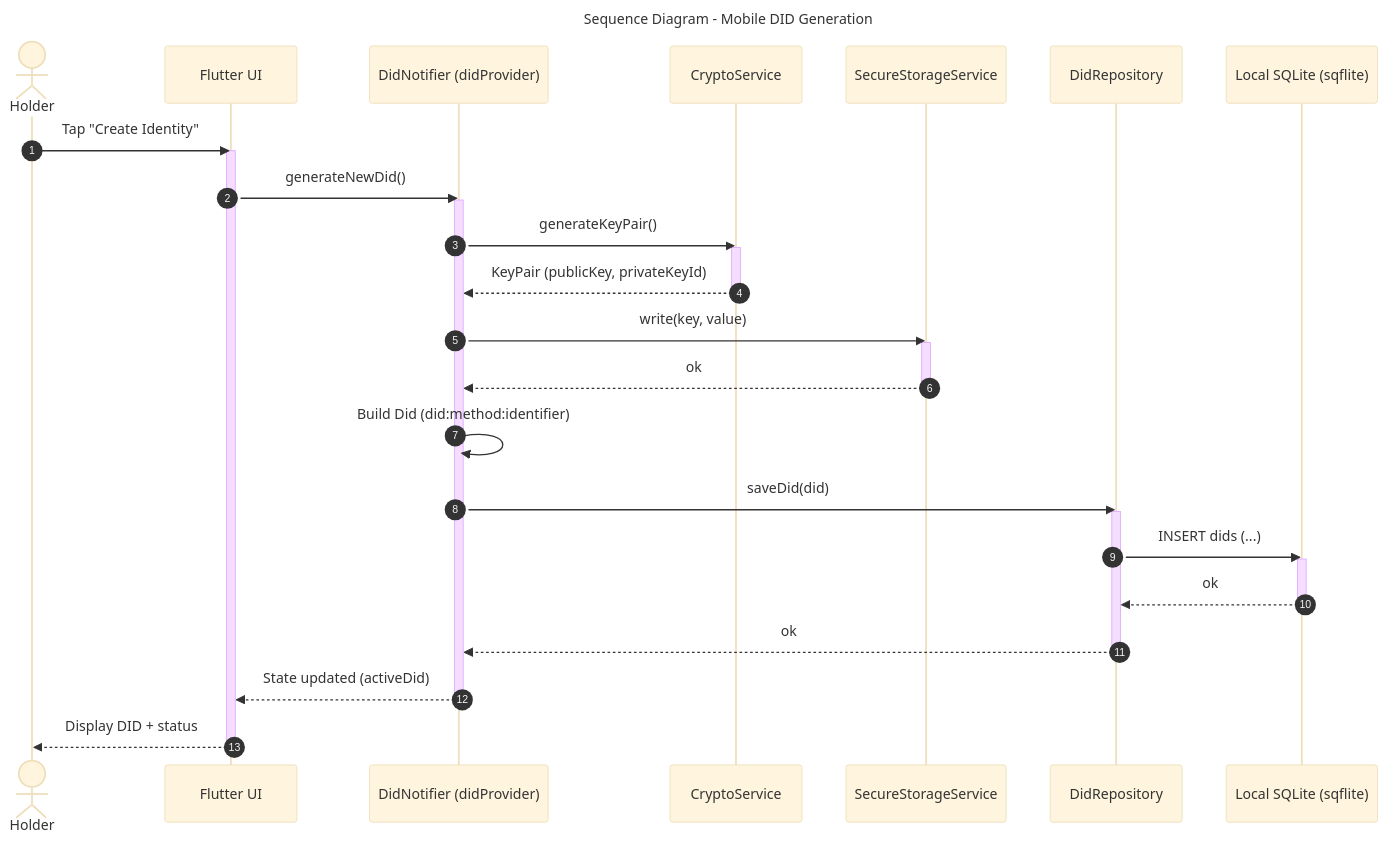
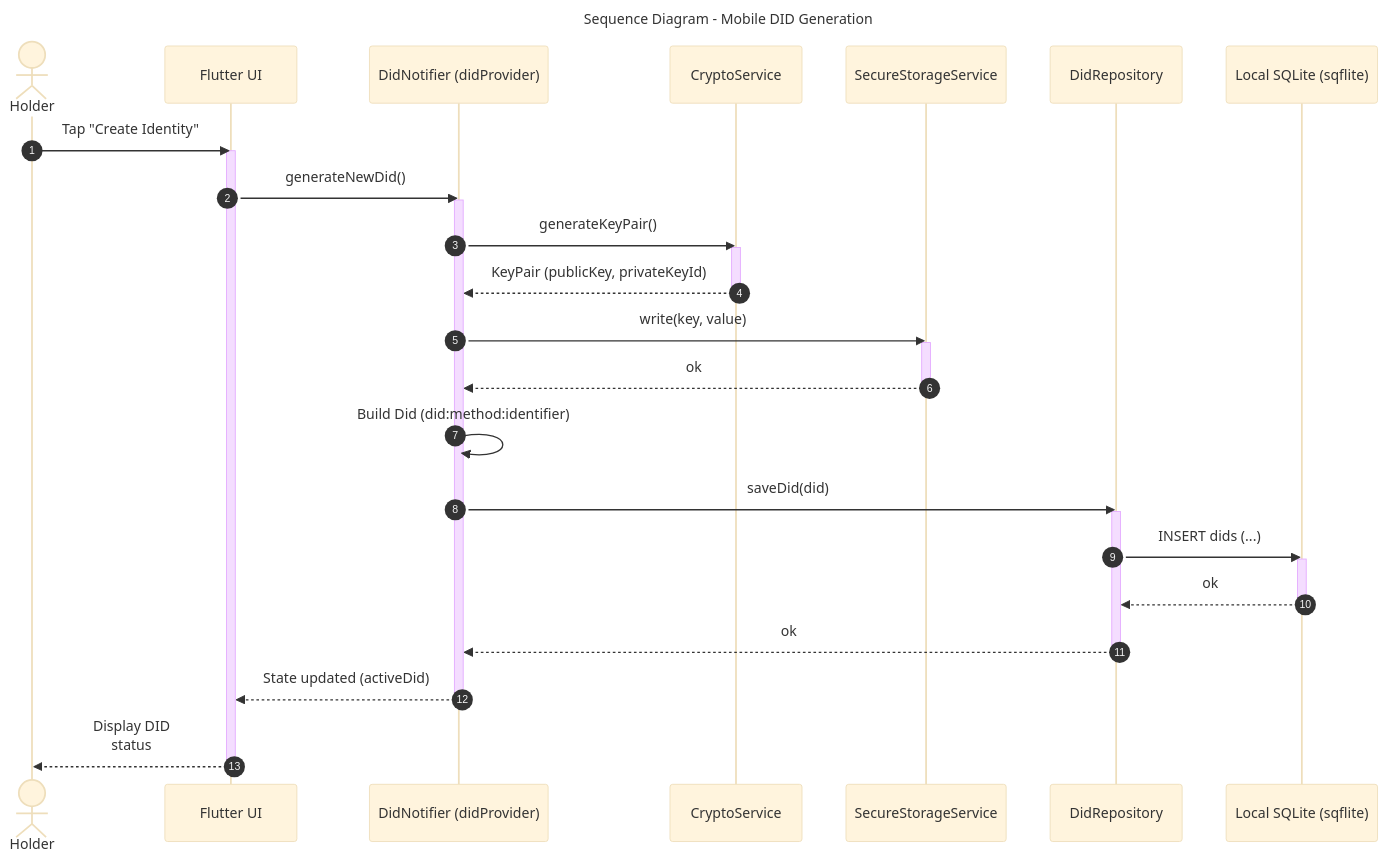
The diagram in diagrams/sequence-mobile-did-generation.mmd (CHATEAUFORGE-LLC/QuantumZero), drawn with Mermaid before and after one commit. The commit also changed 89 other files, not shown here.

Commit message:
further diagram enhancment to align with notation

```diff
--- a/diagrams/sequence-mobile-did-generation.mmd
+++ b/diagrams/sequence-mobile-did-generation.mmd
@@ -1,45 +1,45 @@
 ---
 title: Sequence Diagram - Mobile DID Generation
 config:
   theme: base
 ---
 %% QuantumZero UML palette note: actors/external=#fff7e6/#b45309, system/component=#e0f2fe/#075985, datastore=#ecfccb/#4d7c0f, notes=#fff9c4/#d97706. Aligns diagrams to Deliverable 1 UML/DFD theme.
 sequenceDiagram
   autonumber
   actor User as Holder
   participant UI as Flutter UI
   participant DidSM as DidNotifier (didProvider)
   participant Crypto as CryptoService
   participant Storage as SecureStorageService
   participant Repo as DidRepository
   participant DB as Local SQLite (sqflite)
 
   User->>UI: Tap "Create Identity"
   activate UI
   UI->>DidSM: generateNewDid()
   activate DidSM
 
   DidSM->>Crypto: generateKeyPair()
   activate Crypto
   Crypto-->>DidSM: KeyPair (publicKey, privateKeyId)
   deactivate Crypto
 
   DidSM->>Storage: write(key, value)
   activate Storage
   Storage-->>DidSM: ok
   deactivate Storage
 
   DidSM->>DidSM: Build Did (did:method:identifier)
   DidSM->>Repo: saveDid(did)
   activate Repo
   Repo->>DB: INSERT dids (...)
   activate DB
   DB-->>Repo: ok
   deactivate DB
   Repo-->>DidSM: ok
   deactivate Repo
 
   DidSM-->>UI: State updated (activeDid)
   deactivate DidSM
-  UI-->>User: Display DID + status
+  UI-->>User: Display DID<br>status
   deactivate UI
```
